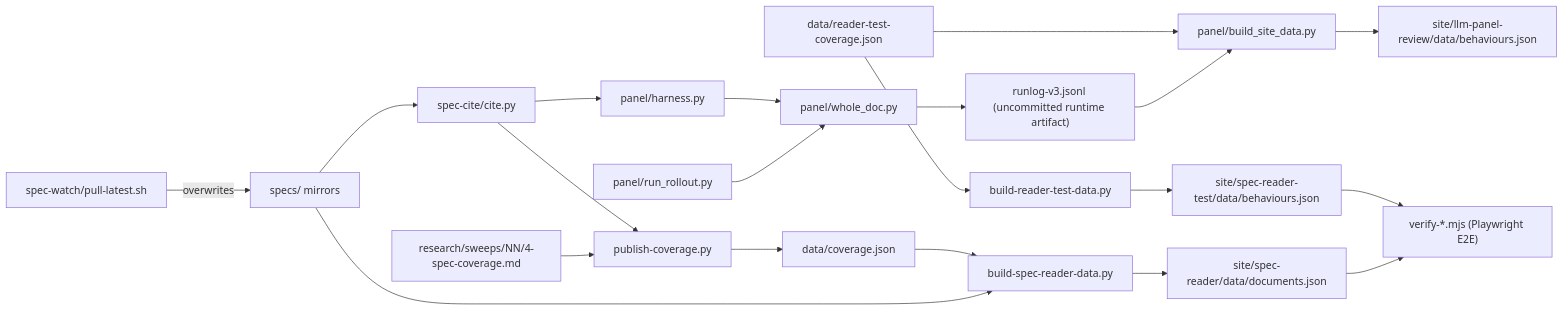
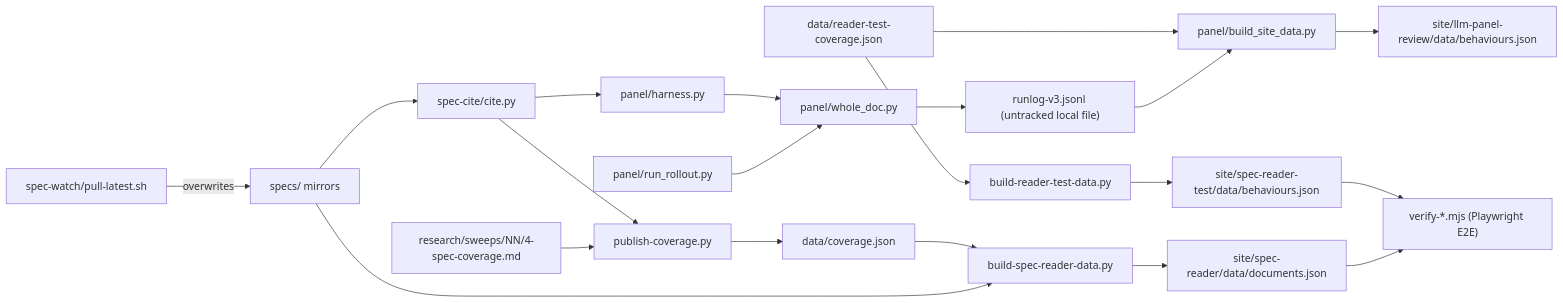
Before and after one commit to AndresCotton/ai-character-index: the diagram in engine/OVERVIEW.md, drawn with Mermaid. The commit also changed other lines of this file and 7 other files, not shown here.

First line of the commit message:
docs: round-15 review fixes -- runlog is an untracked local file, not on any branch

````diff
--- a/engine/OVERVIEW.md
+++ b/engine/OVERVIEW.md
@@ -31,22 +31,22 @@
 ```mermaid
 graph LR
   watch["spec-watch/pull-latest.sh"] -->|overwrites| specs["specs/ mirrors"]
   specs --> cite["spec-cite/cite.py"]
   specs --> bsr["build-spec-reader-data.py"]
   cite --> harness["panel/harness.py"]
   rollout["panel/run_rollout.py"] --> wholedoc["panel/whole_doc.py"]
   harness --> wholedoc
-  wholedoc --> runlog["runlog-v3.jsonl (uncommitted runtime artifact)"]
+  wholedoc --> runlog["runlog-v3.jsonl (untracked local file)"]
   runlog --> bsd["panel/build_site_data.py"]
   bsd --> panelpayload["site/llm-panel-review/data/behaviours.json"]
   sweep4["research/sweeps/NN/4-spec-coverage.md"] --> publish["publish-coverage.py"]
   cite --> publish
   publish --> coverage["data/coverage.json"]
   coverage --> bsr
   bsr --> docpayload["site/spec-reader/data/documents.json"]
   rtc["data/reader-test-coverage.json"] --> brt["build-reader-test-data.py"]
   brt --> benchpayload["site/spec-reader-test/data/behaviours.json"]
   rtc --> bsd
   docpayload --> verify["verify-*.mjs (Playwright E2E)"]
   benchpayload --> verify
 ```
````
